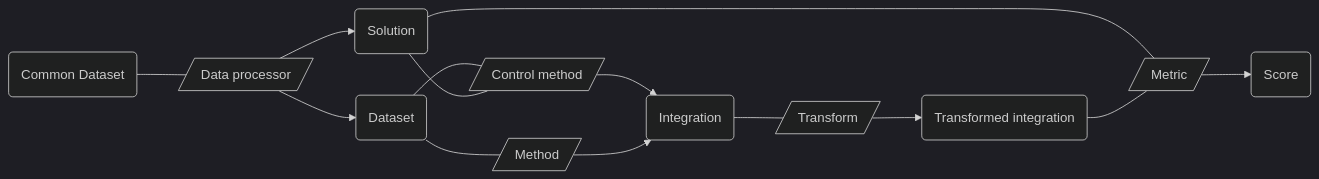
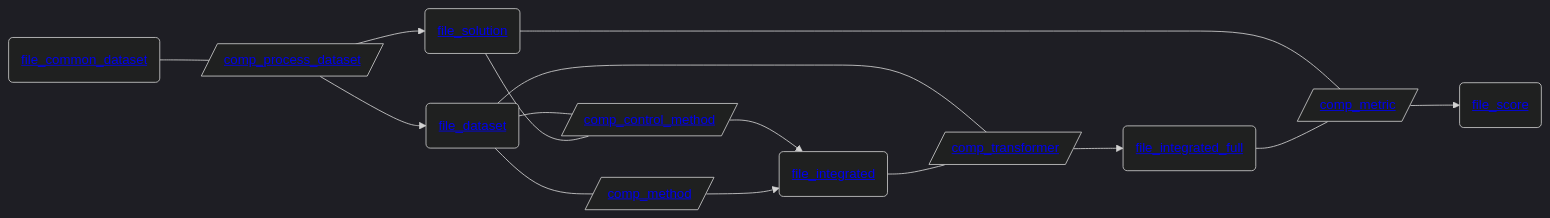
Before and after one commit to openproblems-bio/task_batch_integration: the diagram in README.md, drawn with Mermaid (dark theme). The commit also changed other lines of this file and 132 other files, not shown here.

````diff
--- a/README.md
+++ b/README.md
@@ -61,27 +61,28 @@
 ``` mermaid
 flowchart LR
-  file_common_dataset("Common Dataset")
-  comp_process_dataset[/"Data processor"/]
-  file_dataset("Dataset")
-  file_solution("Solution")
-  comp_control_method[/"Control method"/]
-  comp_method[/"Method"/]
-  comp_metric[/"Metric"/]
-  file_integrated("Integration")
-  file_score("Score")
-  comp_transformer[/"Transform"/]
-  file_integrated_full("Transformed integration")
+  file_common_dataset("<a href='#file-type-file-common-dataset'>file_common_dataset</a>")
+  comp_process_dataset[/"<a href='#component-type-comp-process-dataset'>comp_process_dataset</a>"/]
+  file_dataset("<a href='#file-type-file-dataset'>file_dataset</a>")
+  file_solution("<a href='#file-type-file-solution'>file_solution</a>")
+  comp_control_method[/"<a href='#component-type-comp-control-method'>comp_control_method</a>"/]
+  comp_method[/"<a href='#component-type-comp-method'>comp_method</a>"/]
+  comp_transformer[/"<a href='#component-type-comp-transformer'>comp_transformer</a>"/]
+  comp_metric[/"<a href='#component-type-comp-metric'>comp_metric</a>"/]
+  file_integrated("<a href='#file-type-file-integrated'>file_integrated</a>")
+  file_integrated_full("<a href='#file-type-file-integrated-full'>file_integrated_full</a>")
+  file_score("<a href='#file-type-file-score'>file_score</a>")
   file_common_dataset---comp_process_dataset
   comp_process_dataset-->file_dataset
   comp_process_dataset-->file_solution
   file_dataset---comp_control_method
   file_dataset---comp_method
+  file_dataset---comp_transformer
   file_solution---comp_control_method
   file_solution---comp_metric
   comp_control_method-->file_integrated
   comp_method-->file_integrated
+  comp_transformer-->file_integrated_full
   comp_metric-->file_score
   file_integrated---comp_transformer
-  comp_transformer-->file_integrated_full
   file_integrated_full---comp_metric
 ```
````
